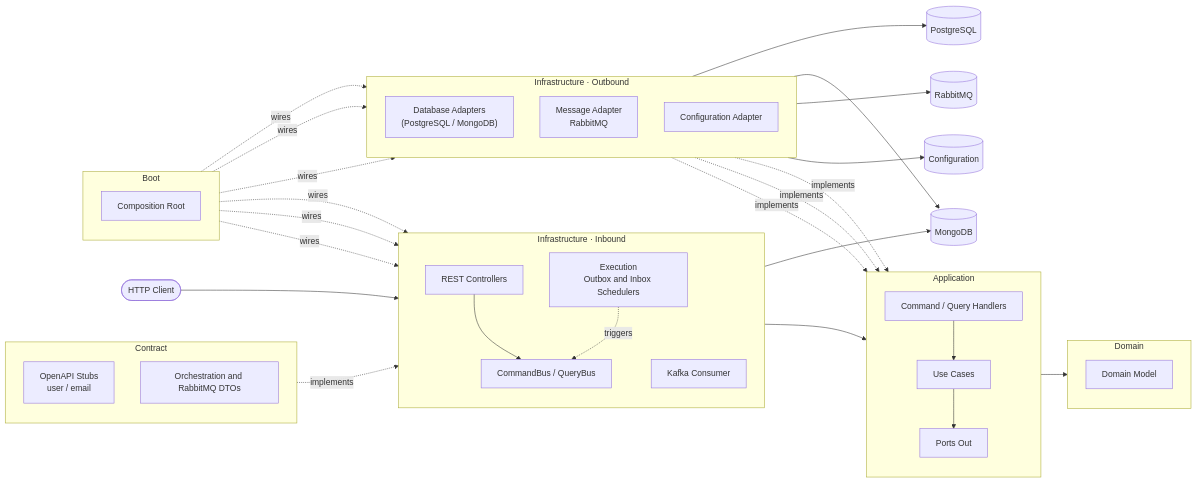
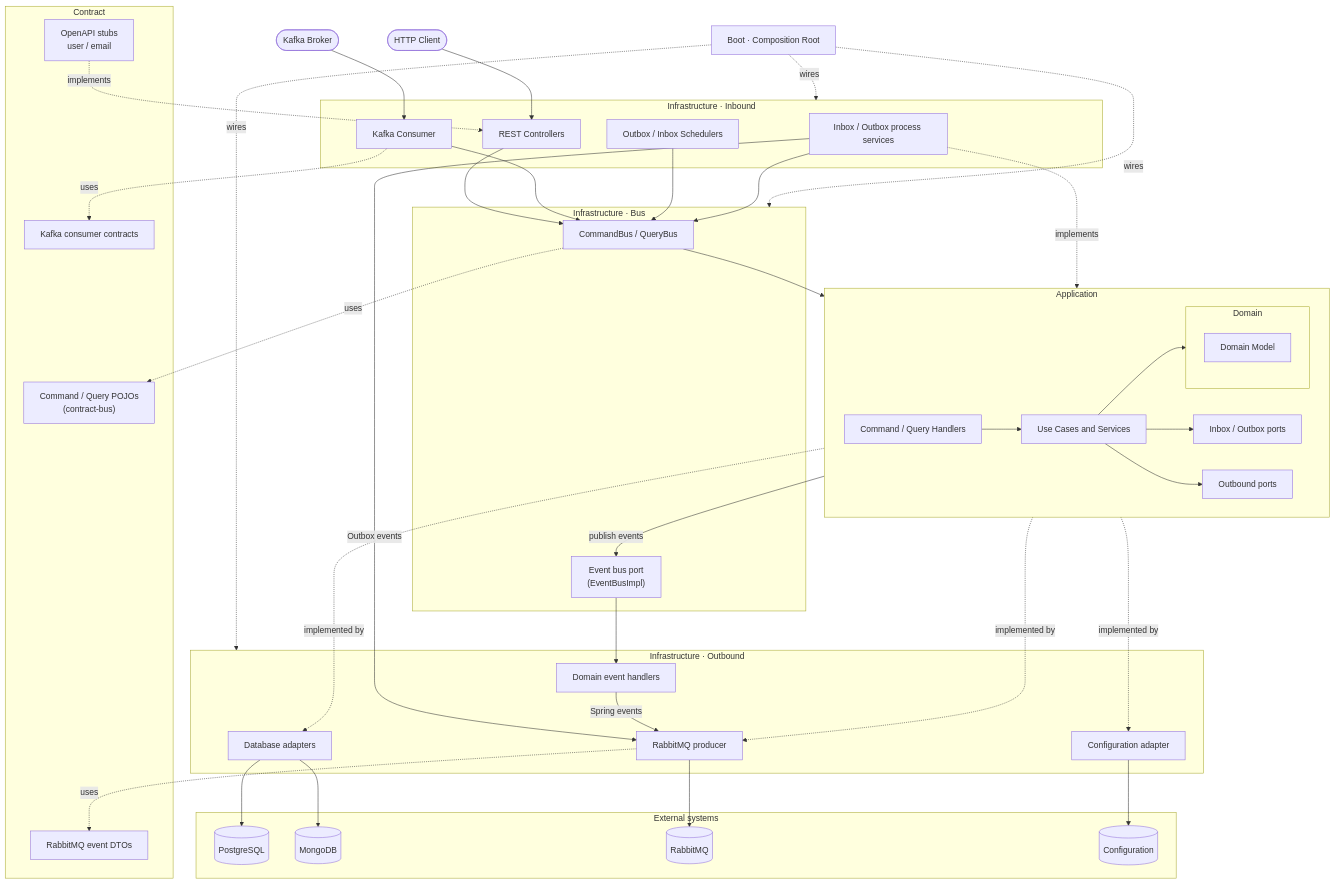
One commit to dmosquerad/Hexagonal-BE changed the diagram in README.md. Above: the diagram before and after it, drawn with Mermaid. The commit also changed other lines of this file, not shown here.

````diff
--- a/README.md
+++ b/README.md
@@ -78,71 +89,87 @@
 ```mermaid
-flowchart LR
+flowchart TB
+    COMP["Boot · Composition Root"]
     Client([HTTP Client])
-    POSTGRES[(PostgreSQL)]
-    MONGO[(MongoDB)]
-    RABBIT[(RabbitMQ)]
-    Config[(Configuration)]
+    KafkaBroker([Kafka Broker])
 
     subgraph CONTRACT["Contract"]
-        direction TB
-        OAS[OpenAPI Stubs\nuser / email]
-        DTO[Orchestration and RabbitMQ DTOs]
+        OAS["OpenAPI stubs<br/>user / email"]
+        KDTO["Kafka consumer contracts"]
+        RDTO["RabbitMQ event DTOs"]
+        BPOJO["Command / Query POJOs<br/>(contract-bus)"]
     end
 
     subgraph INBOUND["Infrastructure · Inbound"]
-        direction TB
         REST[REST Controllers]
-        BUS[CommandBus / QueryBus]
-        EXEC[Execution\nOutbox and Inbox Schedulers]
         KAFKA[Kafka Consumer]
+        SCHED[Outbox / Inbox Schedulers]
+        PROC["Inbox / Outbox process services"]
+    end
+
+    subgraph BUS["Infrastructure · Bus"]
+        CB["CommandBus / QueryBus"]
+        EVB["Event bus port<br/>(EventBusImpl)"]
     end
 
     subgraph APP["Application"]
-        direction TB
+        direction LR
         HANDLERS[Command / Query Handlers]
-        UC[Use Cases]
-        POUT[Ports Out]
-    end
-
-    subgraph DOMAIN["Domain"]
-        direction TB
-        MODEL[Domain Model]
+        UC[Use Cases and Services]
+        subgraph DOMAIN["Domain"]
+            direction TB
+            MODEL[Domain Model]
+        end
+        PIN["Inbox / Outbox ports"]
+        POUT["Outbound ports"]
     end
 
     subgraph OUTBOUND["Infrastructure · Outbound"]
-        direction TB
-        DB["Database Adapters\n(PostgreSQL / MongoDB)"]
-        MSG[Message Adapter\nRabbitMQ]
-        CFG[Configuration Adapter]
+        DB["Database adapters"]
+        MSG["RabbitMQ producer"]
+        CFG[Configuration adapter]
+        EVH["Domain event handlers"]
     end
 
-    subgraph BOOT["Boot"]
-        direction TB
-        COMP[Composition Root]
+    subgraph EXTERNAL["External systems"]
+        POSTGRES[(PostgreSQL)]
+        MONGO[(MongoDB)]
+        RABBIT[(RabbitMQ)]
+        Config[(Configuration)]
     end
 
+    Client --> REST
+    KafkaBroker --> KAFKA
     OAS -.implements.-> REST
-    Client --> REST
-    KAFKA --> MONGO
-    REST --> BUS
-    BUS --> HANDLERS
+    KAFKA -.uses.-> KDTO
+    CB -.uses.-> BPOJO
+    MSG -.uses.-> RDTO
+
+    REST --> CB
+    KAFKA --> CB
+    SCHED --> CB
+    PROC --> CB
+    PROC -.implements.-> PIN
+    PROC -- "Outbox events" --> MSG
+
+    CB --> HANDLERS
     HANDLERS --> UC
     UC --> MODEL
+    UC --> PIN
     UC --> POUT
-    DB -.implements.-> POUT
-    MSG -.implements.-> POUT
-    CFG -.implements.-> POUT
-    
+    UC -- "publish events" --> EVB
+    EVB --> EVH
+    EVH -- "Spring events" --> MSG
+
+    POUT -.implemented by.-> DB
+    POUT -.implemented by.-> MSG
+    POUT -.implemented by.-> CFG
+
     DB --> POSTGRES
     DB --> MONGO
     MSG --> RABBIT
-    EXEC -.triggers.-> BUS
     CFG --> Config
 
-    COMP -.wires.-> REST
+    COMP -.wires.-> INBOUND
     COMP -.wires.-> BUS
-    COMP -.wires.-> EXEC
-    COMP -.wires.-> DB
-    COMP -.wires.-> MSG
-    COMP -.wires.-> CFG
+    COMP -.wires.-> OUTBOUND
 ```
````
